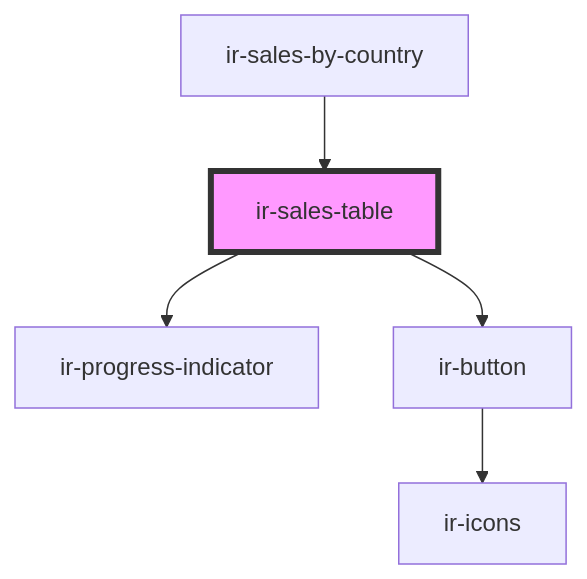
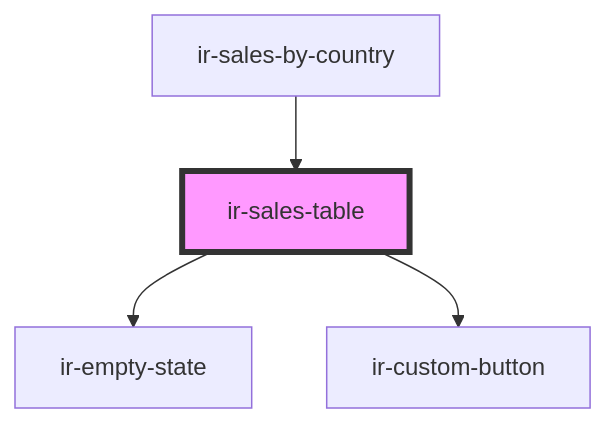
Before and after one commit to RonyRizk/ir-webcmp: the diagram in src/components/ir-sales-by-country/ir-sales-table/readme.md, drawn with Mermaid. The commit also changed other lines of this file and 508 other files, not shown here.

````diff
--- a/src/components/ir-sales-by-country/ir-sales-table/readme.md
+++ b/src/components/ir-sales-by-country/ir-sales-table/readme.md
@@ -28,8 +28,7 @@
 ```mermaid
 graph TD;
-  ir-sales-table --> ir-progress-indicator
-  ir-sales-table --> ir-button
-  ir-button --> ir-icons
+  ir-sales-table --> ir-empty-state
+  ir-sales-table --> ir-custom-button
   ir-sales-by-country --> ir-sales-table
   style ir-sales-table fill:#f9f,stroke:#333,stroke-width:4px
 ```
````
